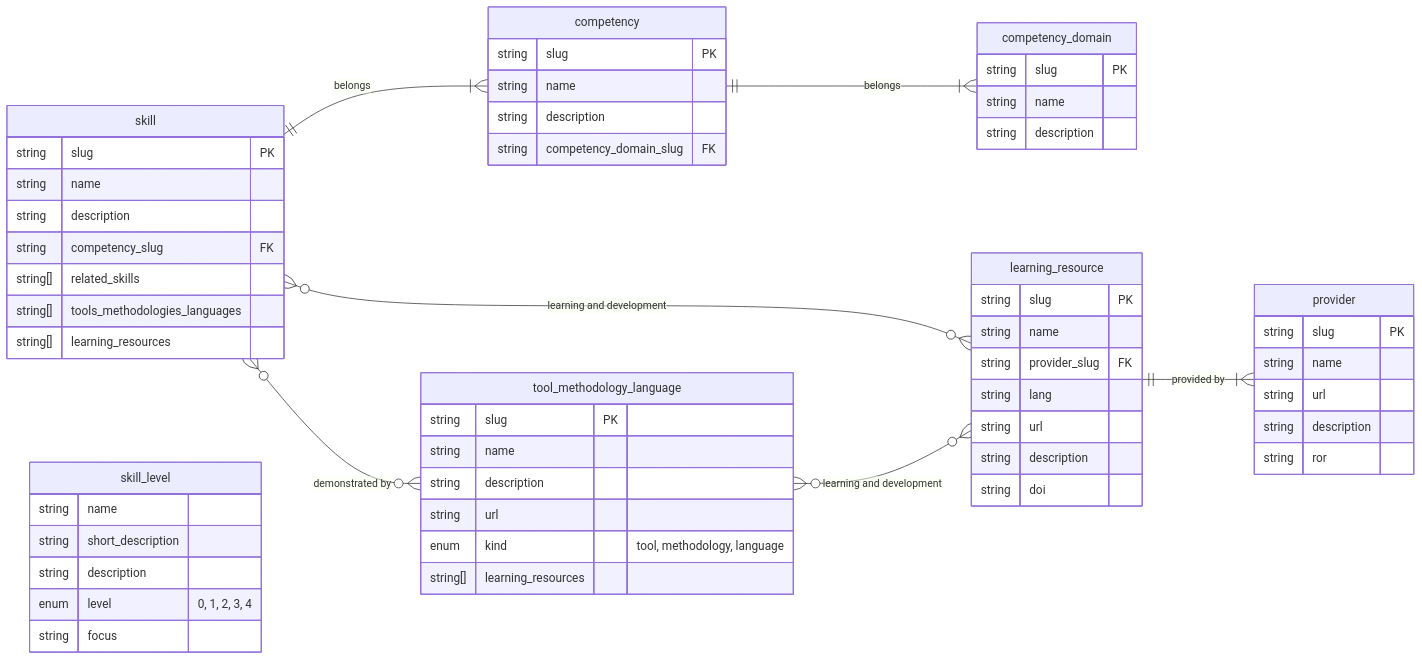
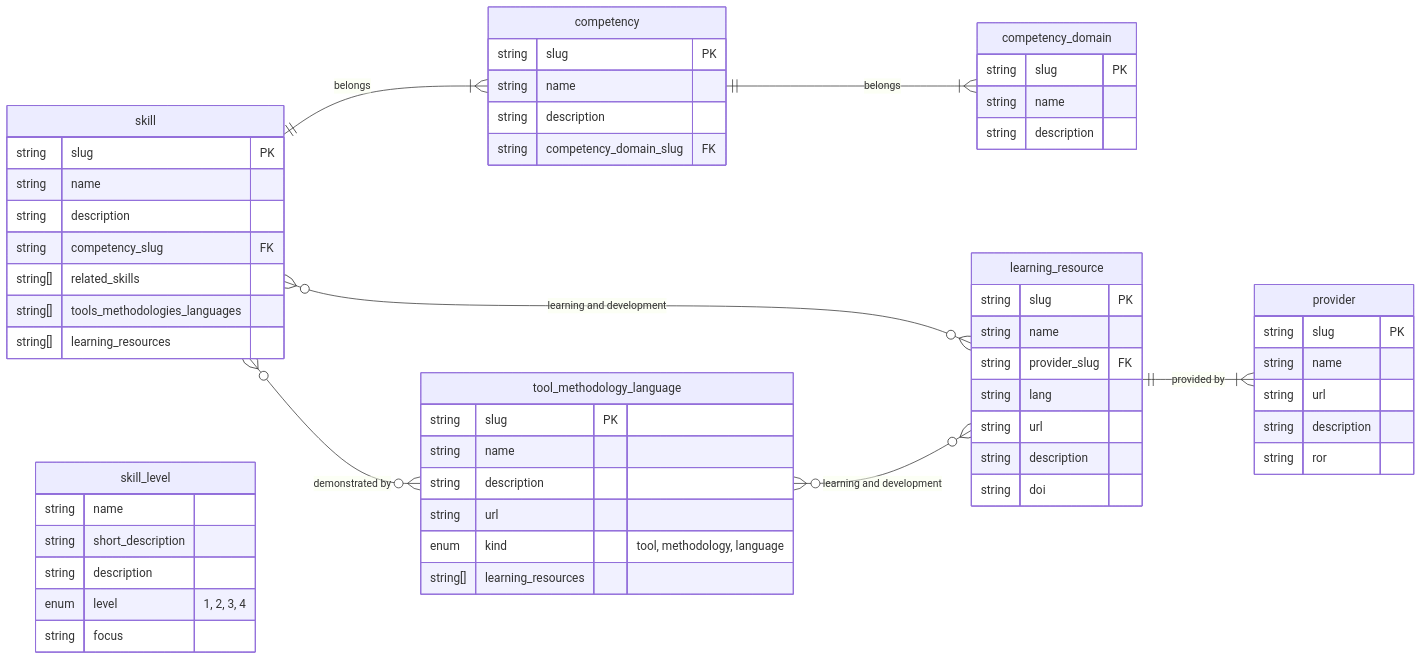
The diagram in framework/README.md (direct-framework/digital-research-competencies-framework), drawn with Mermaid before and after one commit.

````diff
--- a/framework/README.md
+++ b/framework/README.md
@@ -17,68 +17,68 @@
 ```mermaid
 erDiagram
     direction LR
     competency ||--|{competency_domain : belongs
     skill ||--|{ competency : belongs
     skill }o--o{ tool_methodology_language : "demonstrated by"
     skill }o--o{ learning_resource: "learning and development"
     tool_methodology_language }o--o{ learning_resource : "learning and development"
     learning_resource ||--|{ provider : "provided by"
 
     competency_domain {
             string slug PK
 	    string name
 	    string description
     }
 
     competency {
 	    string slug PK
 	    string name
 	    string description
 	    string competency_domain_slug FK
     }
 
     skill {
 	    string slug PK
 	    string name
 	    string description
 	    string competency_slug FK
             string[] related_skills
             string[] tools_methodologies_languages
             string[] learning_resources
     }
 
     tool_methodology_language {
         string slug PK
         string name
         string description
         string url
         enum kind "tool, methodology, language"
         string[] learning_resources
     }
 
     learning_resource {
         string slug PK
         string name
         string provider_slug FK
         string lang
         string url
         string description
         string doi
     }
 
     provider {
         string slug PK
         string name
         string url
         string description
         string ror
     }
 
     skill_level {
 	    string name
 	    string short_description
 	    string description
-            enum level "0, 1, 2, 3, 4"
+            enum level "1, 2, 3, 4"
 		string focus
     }
 ```
````
